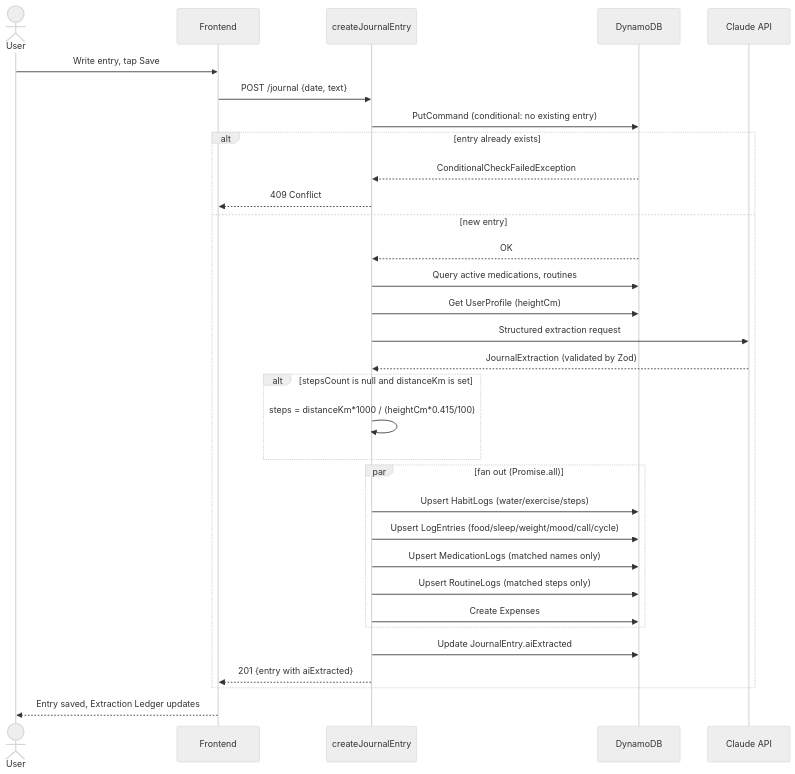
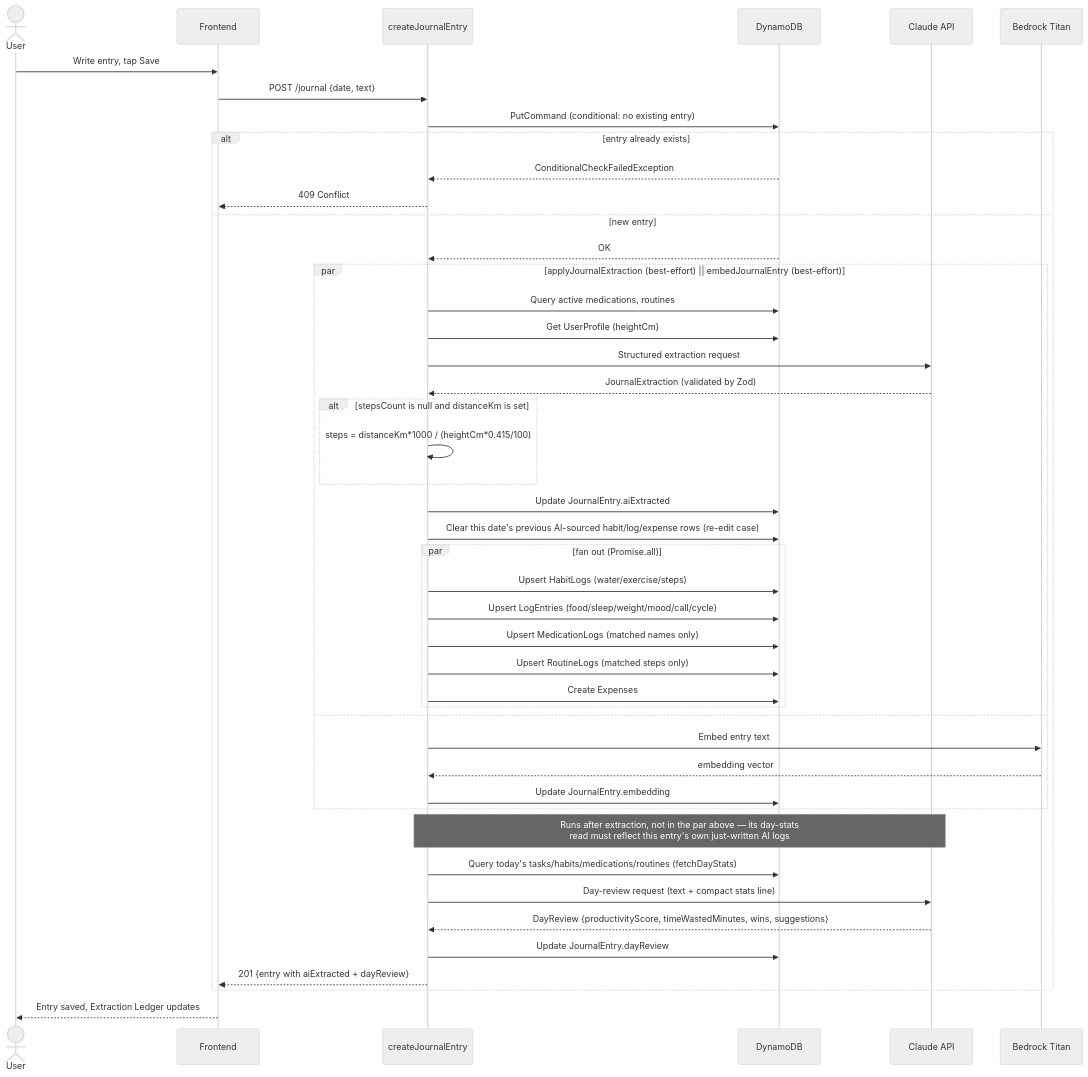
One commit to pragya0905/LifeOS changed the fourth of 8 diagrams in docs/HLD_LLD.md. Above: the diagram before and after it, drawn with Mermaid (neutral theme). The commit also changed other lines of this file and 1 other file, not shown here.

First line of the commit message:
Docs: audit every sequence diagram and algorithm against the real code

````diff
--- a/docs/HLD_LLD.md
+++ b/docs/HLD_LLD.md
@@ -562,35 +569,48 @@
 ```mermaid
 sequenceDiagram
     actor U as User
     participant FE as Frontend
     participant L as createJournalEntry
     participant DDB as DynamoDB
     participant CL as Claude API
+    participant BR as Bedrock Titan
 
     U->>FE: Write entry, tap Save
     FE->>L: POST /journal {date, text}
     L->>DDB: PutCommand (conditional: no existing entry)
     alt entry already exists
         DDB-->>L: ConditionalCheckFailedException
         L-->>FE: 409 Conflict
     else new entry
         DDB-->>L: OK
-        L->>DDB: Query active medications, routines
-        L->>DDB: Get UserProfile (heightCm)
-        L->>CL: Structured extraction request
-        CL-->>L: JournalExtraction (validated by Zod)
-        alt stepsCount is null and distanceKm is set
-            L->>L: steps = distanceKm*1000 / (heightCm*0.415/100)
+        par applyJournalExtraction (best-effort) || embedJournalEntry (best-effort)
+            L->>DDB: Query active medications, routines
+            L->>DDB: Get UserProfile (heightCm)
+            L->>CL: Structured extraction request
+            CL-->>L: JournalExtraction (validated by Zod)
+            alt stepsCount is null and distanceKm is set
+                L->>L: steps = distanceKm*1000 / (heightCm*0.415/100)
+            end
+            L->>DDB: Update JournalEntry.aiExtracted
+            L->>DDB: Clear this date's previous AI-sourced habit/log/expense rows (re-edit case)
+            par fan out (Promise.all)
+                L->>DDB: Upsert HabitLogs (water/exercise/steps)
+                L->>DDB: Upsert LogEntries (food/sleep/weight/mood/call/cycle)
+                L->>DDB: Upsert MedicationLogs (matched names only)
+                L->>DDB: Upsert RoutineLogs (matched steps only)
+                L->>DDB: Create Expenses
+            end
+        and
+            L->>BR: Embed entry text
+            BR-->>L: embedding vector
+            L->>DDB: Update JournalEntry.embedding
         end
-        par fan out (Promise.all)
-            L->>DDB: Upsert HabitLogs (water/exercise/steps)
-            L->>DDB: Upsert LogEntries (food/sleep/weight/mood/call/cycle)
-            L->>DDB: Upsert MedicationLogs (matched names only)
-            L->>DDB: Upsert RoutineLogs (matched steps only)
-            L->>DDB: Create Expenses
-        end
-        L->>DDB: Update JournalEntry.aiExtracted
-        L-->>FE: 201 {entry with aiExtracted}
+        Note over L,CL: Runs after extraction, not in the par above — its day-stats<br/>read must reflect this entry's own just-written AI logs
+        L->>DDB: Query today's tasks/habits/medications/routines (fetchDayStats)
+        L->>CL: Day-review request (text + compact stats line)
+        CL-->>L: DayReview {productivityScore, timeWastedMinutes, wins, suggestions}
+        L->>DDB: Update JournalEntry.dayReview
+        L-->>FE: 201 {entry with aiExtracted + dayReview}
     end
     FE-->>U: Entry saved, Extraction Ledger updates
 ```
````
